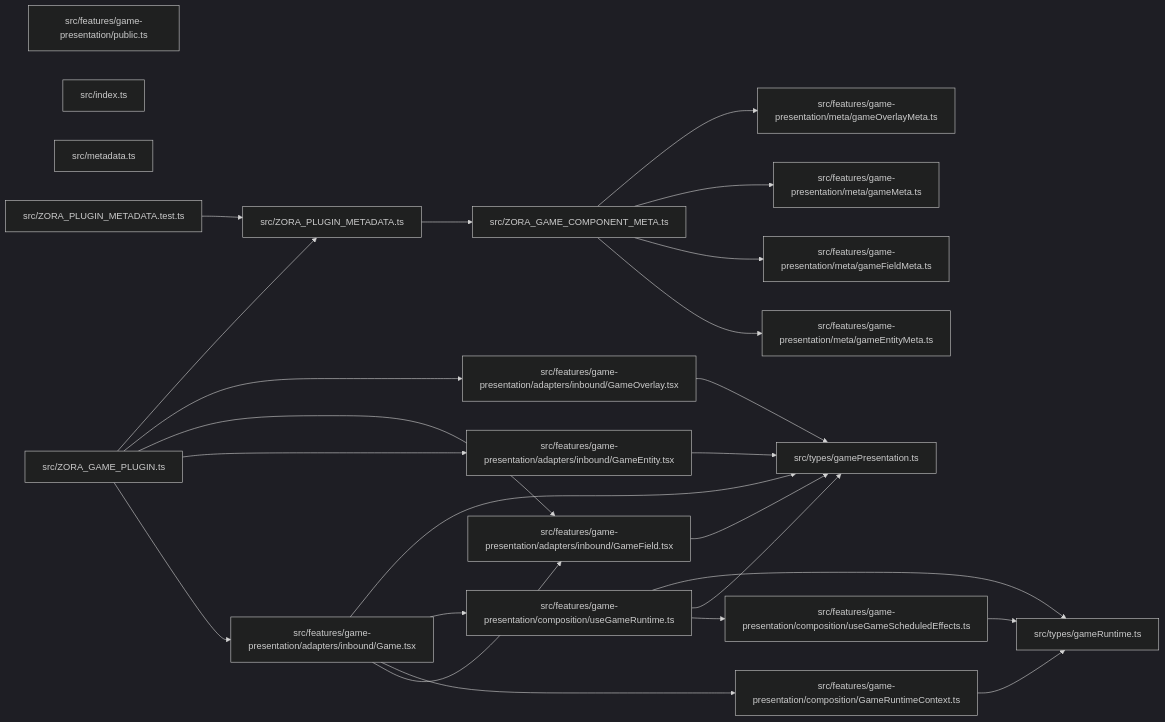
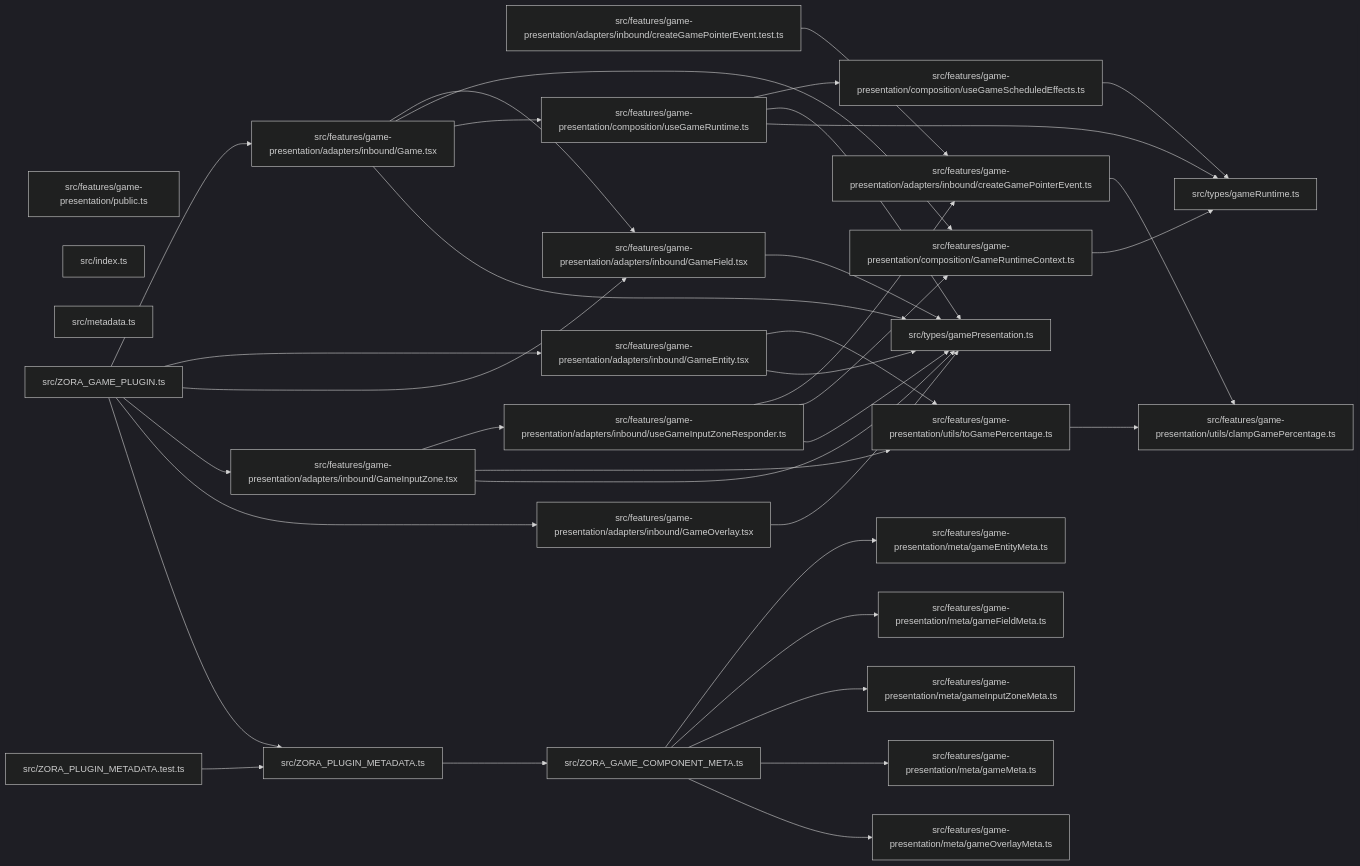
Before and after one commit to ankhorage/zora-game: the diagram in paradox/diagrams/module-relationships.mmd, drawn with Mermaid (dark theme). The commit also changed 14 other files, not shown here.

```diff
--- a/paradox/diagrams/module-relationships.mmd
+++ b/paradox/diagrams/module-relationships.mmd
@@ -1,44 +1,63 @@
 graph LR
+  module_src_features_game_presentation_adapters_inbound_createGamePointerEvent_test_ts["src/features/game-presentation/adapters/inbound/createGamePointerEvent.test.ts"]
+  module_src_features_game_presentation_adapters_inbound_createGamePointerEvent_ts["src/features/game-presentation/adapters/inbound/createGamePointerEvent.ts"]
   module_src_features_game_presentation_adapters_inbound_Game_tsx["src/features/game-presentation/adapters/inbound/Game.tsx"]
   module_src_features_game_presentation_adapters_inbound_GameEntity_tsx["src/features/game-presentation/adapters/inbound/GameEntity.tsx"]
   module_src_features_game_presentation_adapters_inbound_GameField_tsx["src/features/game-presentation/adapters/inbound/GameField.tsx"]
+  module_src_features_game_presentation_adapters_inbound_GameInputZone_tsx["src/features/game-presentation/adapters/inbound/GameInputZone.tsx"]
   module_src_features_game_presentation_adapters_inbound_GameOverlay_tsx["src/features/game-presentation/adapters/inbound/GameOverlay.tsx"]
+  module_src_features_game_presentation_adapters_inbound_useGameInputZoneResponder_ts["src/features/game-presentation/adapters/inbound/useGameInputZoneResponder.ts"]
   module_src_features_game_presentation_composition_GameRuntimeContext_ts["src/features/game-presentation/composition/GameRuntimeContext.ts"]
   module_src_features_game_presentation_composition_useGameRuntime_ts["src/features/game-presentation/composition/useGameRuntime.ts"]
   module_src_features_game_presentation_composition_useGameScheduledEffects_ts["src/features/game-presentation/composition/useGameScheduledEffects.ts"]
   module_src_features_game_presentation_meta_gameEntityMeta_ts["src/features/game-presentation/meta/gameEntityMeta.ts"]
   module_src_features_game_presentation_meta_gameFieldMeta_ts["src/features/game-presentation/meta/gameFieldMeta.ts"]
+  module_src_features_game_presentation_meta_gameInputZoneMeta_ts["src/features/game-presentation/meta/gameInputZoneMeta.ts"]
   module_src_features_game_presentation_meta_gameMeta_ts["src/features/game-presentation/meta/gameMeta.ts"]
   module_src_features_game_presentation_meta_gameOverlayMeta_ts["src/features/game-presentation/meta/gameOverlayMeta.ts"]
   module_src_features_game_presentation_public_ts["src/features/game-presentation/public.ts"]
+  module_src_features_game_presentation_utils_clampGamePercentage_ts["src/features/game-presentation/utils/clampGamePercentage.ts"]
+  module_src_features_game_presentation_utils_toGamePercentage_ts["src/features/game-presentation/utils/toGamePercentage.ts"]
   module_src_index_ts["src/index.ts"]
   module_src_metadata_ts["src/metadata.ts"]
   module_src_types_gamePresentation_ts["src/types/gamePresentation.ts"]
   module_src_types_gameRuntime_ts["src/types/gameRuntime.ts"]
   module_src_ZORA_GAME_COMPONENT_META_ts["src/ZORA_GAME_COMPONENT_META.ts"]
   module_src_ZORA_GAME_PLUGIN_ts["src/ZORA_GAME_PLUGIN.ts"]
   module_src_ZORA_PLUGIN_METADATA_test_ts["src/ZORA_PLUGIN_METADATA.test.ts"]
   module_src_ZORA_PLUGIN_METADATA_ts["src/ZORA_PLUGIN_METADATA.ts"]
+  module_src_features_game_presentation_adapters_inbound_createGamePointerEvent_test_ts --> module_src_features_game_presentation_adapters_inbound_createGamePointerEvent_ts
+  module_src_features_game_presentation_adapters_inbound_createGamePointerEvent_ts --> module_src_features_game_presentation_utils_clampGamePercentage_ts
   module_src_features_game_presentation_adapters_inbound_Game_tsx --> module_src_features_game_presentation_adapters_inbound_GameField_tsx
   module_src_features_game_presentation_adapters_inbound_Game_tsx --> module_src_features_game_presentation_composition_GameRuntimeContext_ts
   module_src_features_game_presentation_adapters_inbound_Game_tsx --> module_src_features_game_presentation_composition_useGameRuntime_ts
   module_src_features_game_presentation_adapters_inbound_Game_tsx --> module_src_types_gamePresentation_ts
+  module_src_features_game_presentation_adapters_inbound_GameEntity_tsx --> module_src_features_game_presentation_utils_toGamePercentage_ts
   module_src_features_game_presentation_adapters_inbound_GameEntity_tsx --> module_src_types_gamePresentation_ts
   module_src_features_game_presentation_adapters_inbound_GameField_tsx --> module_src_types_gamePresentation_ts
+  module_src_features_game_presentation_adapters_inbound_GameInputZone_tsx --> module_src_features_game_presentation_adapters_inbound_useGameInputZoneResponder_ts
+  module_src_features_game_presentation_adapters_inbound_GameInputZone_tsx --> module_src_features_game_presentation_utils_toGamePercentage_ts
+  module_src_features_game_presentation_adapters_inbound_GameInputZone_tsx --> module_src_types_gamePresentation_ts
   module_src_features_game_presentation_adapters_inbound_GameOverlay_tsx --> module_src_types_gamePresentation_ts
+  module_src_features_game_presentation_adapters_inbound_useGameInputZoneResponder_ts --> module_src_features_game_presentation_adapters_inbound_createGamePointerEvent_ts
+  module_src_features_game_presentation_adapters_inbound_useGameInputZoneResponder_ts --> module_src_features_game_presentation_composition_GameRuntimeContext_ts
+  module_src_features_game_presentation_adapters_inbound_useGameInputZoneResponder_ts --> module_src_types_gamePresentation_ts
   module_src_features_game_presentation_composition_GameRuntimeContext_ts --> module_src_types_gameRuntime_ts
   module_src_features_game_presentation_composition_useGameRuntime_ts --> module_src_features_game_presentation_composition_useGameScheduledEffects_ts
   module_src_features_game_presentation_composition_useGameRuntime_ts --> module_src_types_gamePresentation_ts
   module_src_features_game_presentation_composition_useGameRuntime_ts --> module_src_types_gameRuntime_ts
   module_src_features_game_presentation_composition_useGameScheduledEffects_ts --> module_src_types_gameRuntime_ts
+  module_src_features_game_presentation_utils_toGamePercentage_ts --> module_src_features_game_presentation_utils_clampGamePercentage_ts
   module_src_ZORA_GAME_COMPONENT_META_ts --> module_src_features_game_presentation_meta_gameEntityMeta_ts
   module_src_ZORA_GAME_COMPONENT_META_ts --> module_src_features_game_presentation_meta_gameFieldMeta_ts
+  module_src_ZORA_GAME_COMPONENT_META_ts --> module_src_features_game_presentation_meta_gameInputZoneMeta_ts
   module_src_ZORA_GAME_COMPONENT_META_ts --> module_src_features_game_presentation_meta_gameMeta_ts
   module_src_ZORA_GAME_COMPONENT_META_ts --> module_src_features_game_presentation_meta_gameOverlayMeta_ts
   module_src_ZORA_GAME_PLUGIN_ts --> module_src_features_game_presentation_adapters_inbound_Game_tsx
   module_src_ZORA_GAME_PLUGIN_ts --> module_src_features_game_presentation_adapters_inbound_GameEntity_tsx
   module_src_ZORA_GAME_PLUGIN_ts --> module_src_features_game_presentation_adapters_inbound_GameField_tsx
+  module_src_ZORA_GAME_PLUGIN_ts --> module_src_features_game_presentation_adapters_inbound_GameInputZone_tsx
   module_src_ZORA_GAME_PLUGIN_ts --> module_src_features_game_presentation_adapters_inbound_GameOverlay_tsx
   module_src_ZORA_GAME_PLUGIN_ts --> module_src_ZORA_PLUGIN_METADATA_ts
   module_src_ZORA_PLUGIN_METADATA_test_ts --> module_src_ZORA_PLUGIN_METADATA_ts
   module_src_ZORA_PLUGIN_METADATA_ts --> module_src_ZORA_GAME_COMPONENT_META_ts
```
